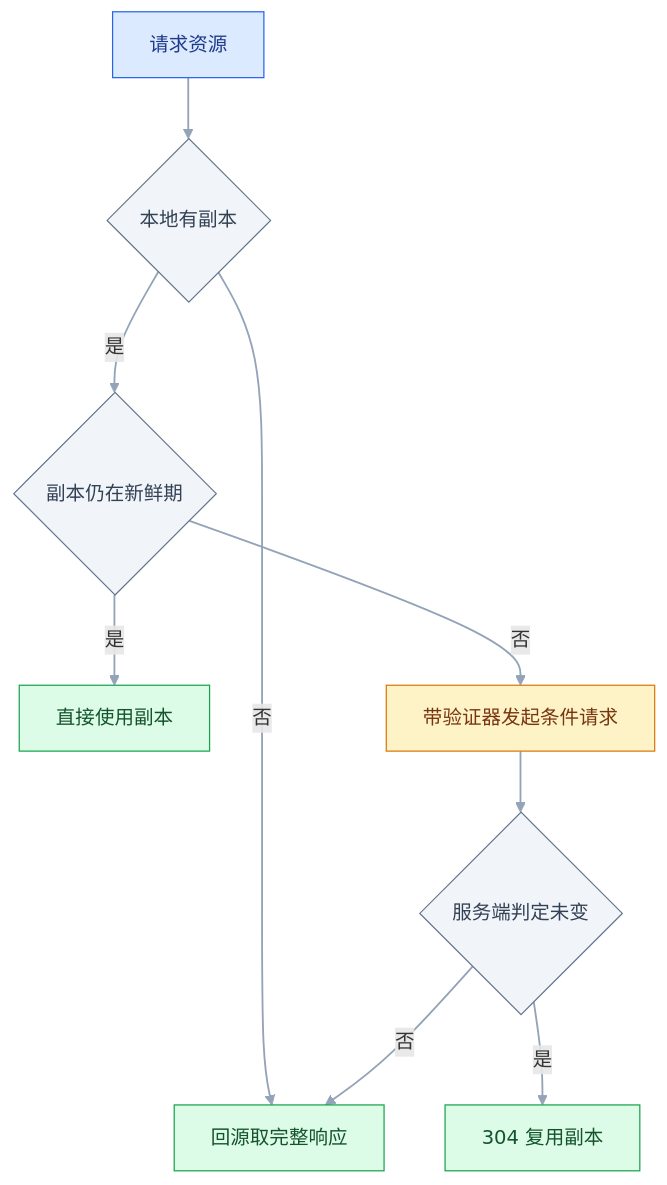
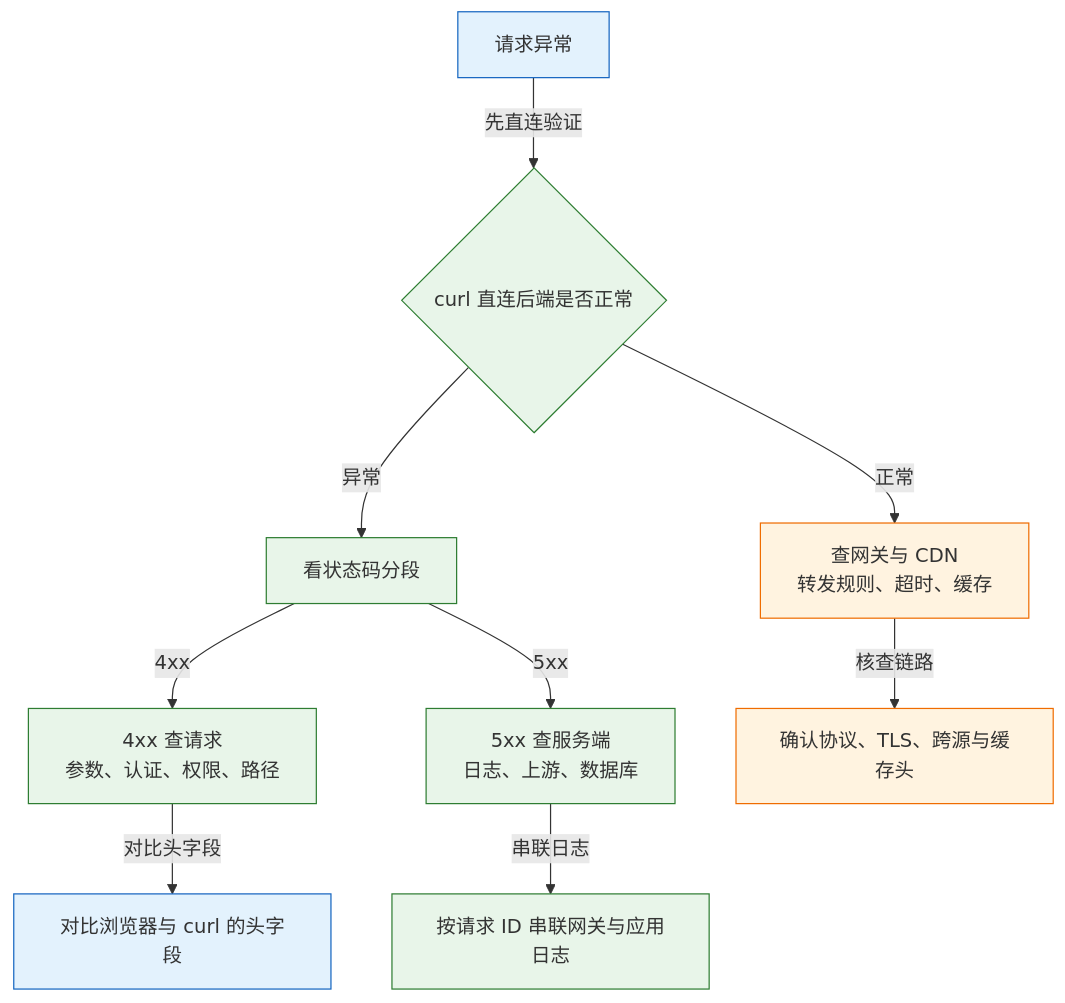
One commit to jimbosuper/studynotes changed the fourth of 4 diagrams in blog/src/notes/05-后端/03-Web与API/01-HTTP与REST.md. Above: the diagram before and after it, drawn with Mermaid. The commit also changed other lines of this file and 367 other files, not shown here.

````diff
--- a/blog/src/notes/05-后端/03-Web与API/01-HTTP与REST.md
+++ b/blog/src/notes/05-后端/03-Web与API/01-HTTP与REST.md
@@ -763,17 +809,17 @@
 ```mermaid
 flowchart TD
-    classDef client fill:#DBEAFE,stroke:#2563EB,color:#1E3A8A
-    classDef service fill:#DCFCE7,stroke:#16A34A,color:#14532D
-    classDef data fill:#FEF3C7,stroke:#D97706,color:#78350F
-    classDef normal fill:#F1F5F9,stroke:#64748B,color:#334155
-
-    A["请求资源"]:::client --> B{"本地有副本"}:::normal
-    B -->|"否"| C["回源取完整响应"]:::service
-    B -->|"是"| D{"副本仍在新鲜期"}:::normal
-    D -->|"是"| E["直接使用副本"]:::service
-    D -->|"否"| F["带验证器发起条件请求"]:::data
-    F --> G{"服务端判定未变"}:::normal
-    G -->|"是"| H["304 复用副本"]:::service
-    G -->|"否"| C
-    linkStyle default stroke:#94A3B8,stroke-width:1.5px
+    A["请求异常"] -->|"先直连验证"| B{"curl 直连后端是否正常"}
+    B -->|"正常"| C["查网关与 CDN<br/>转发规则、超时、缓存"]
+    B -->|"异常"| D["看状态码分段"]
+    D -->|"4xx"| E["4xx 查请求<br/>参数、认证、权限、路径"]
+    D -->|"5xx"| F["5xx 查服务端<br/>日志、上游、数据库"]
+    E -->|"对比头字段"| G["对比浏览器与 curl 的头字段"]
+    F -->|"串联日志"| H["按请求 ID 串联网关与应用日志"]
+    C -->|"核查链路"| I["确认协议、TLS、跨源与缓存头"]
+    classDef client fill:#e3f2fd,stroke:#1565c0;
+    classDef engine fill:#e8f5e9,stroke:#2e7d32;
+    classDef image fill:#fff3e0,stroke:#ef6c00;
+    class A,G client
+    class B,D,E,F,H engine
+    class C,I image
 ```
````
